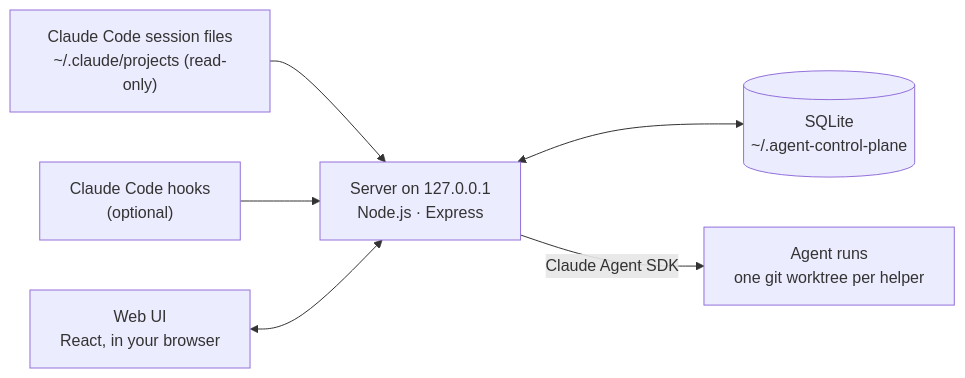
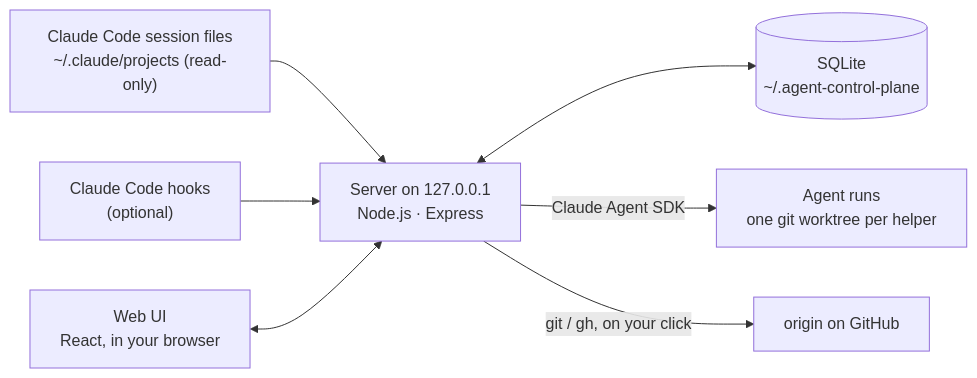
The diagram in README.md (keerthivibisan/agent-control-plane), drawn with Mermaid before and after one commit. The commit also changed other lines of this file and 327 other files, not shown here.

````diff
--- a/README.md
+++ b/README.md
@@ -221,8 +258,9 @@
 ```mermaid
 flowchart LR
   CC["Claude Code session files<br/>~/.claude/projects (read-only)"] --> S
   HK["Claude Code hooks<br/>(optional)"] --> S
+  UI["Web UI<br/>React, in your browser"] <--> S
   S["Server on 127.0.0.1<br/>Node.js · Express"] <--> DB[("SQLite<br/>~/.agent-control-plane")]
-  UI["Web UI<br/>React, in your browser"] <--> S
   S -->|"Claude Agent SDK"| AG["Agent runs<br/>one git worktree per helper"]
+  S -->|"git / gh, on your click"| GH["origin on GitHub"]
 ```
````
